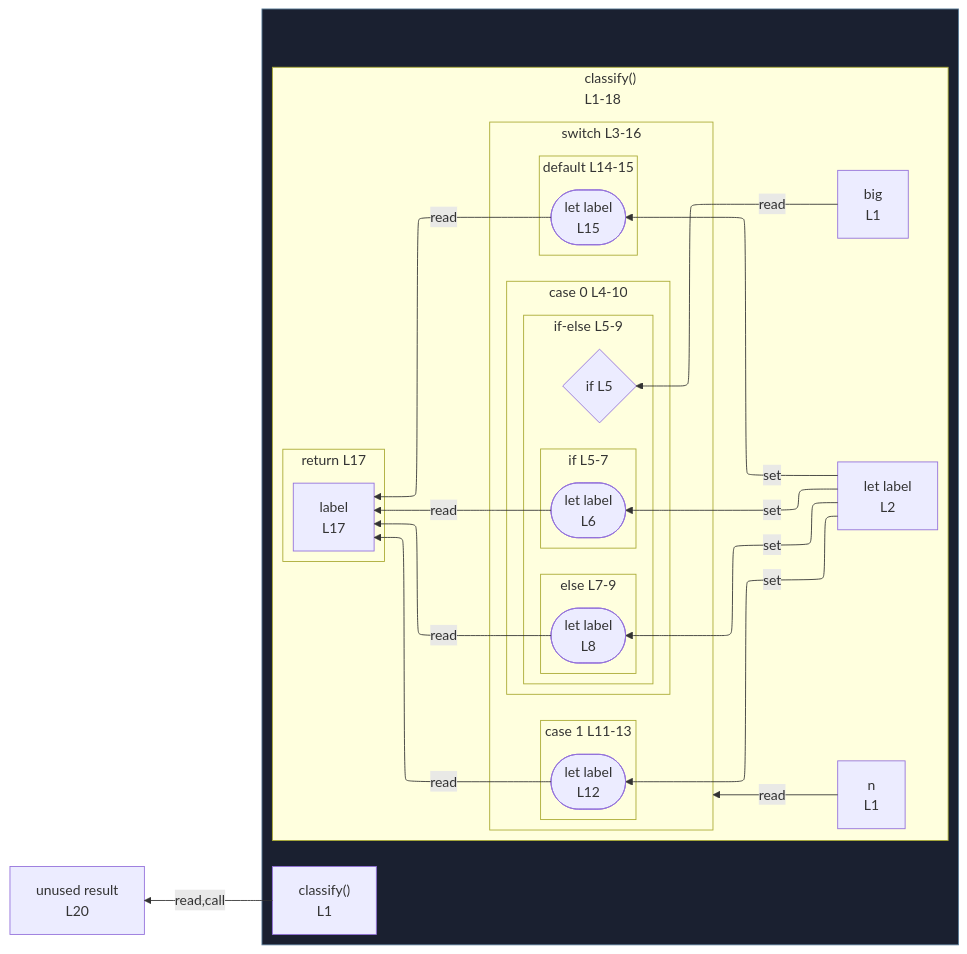
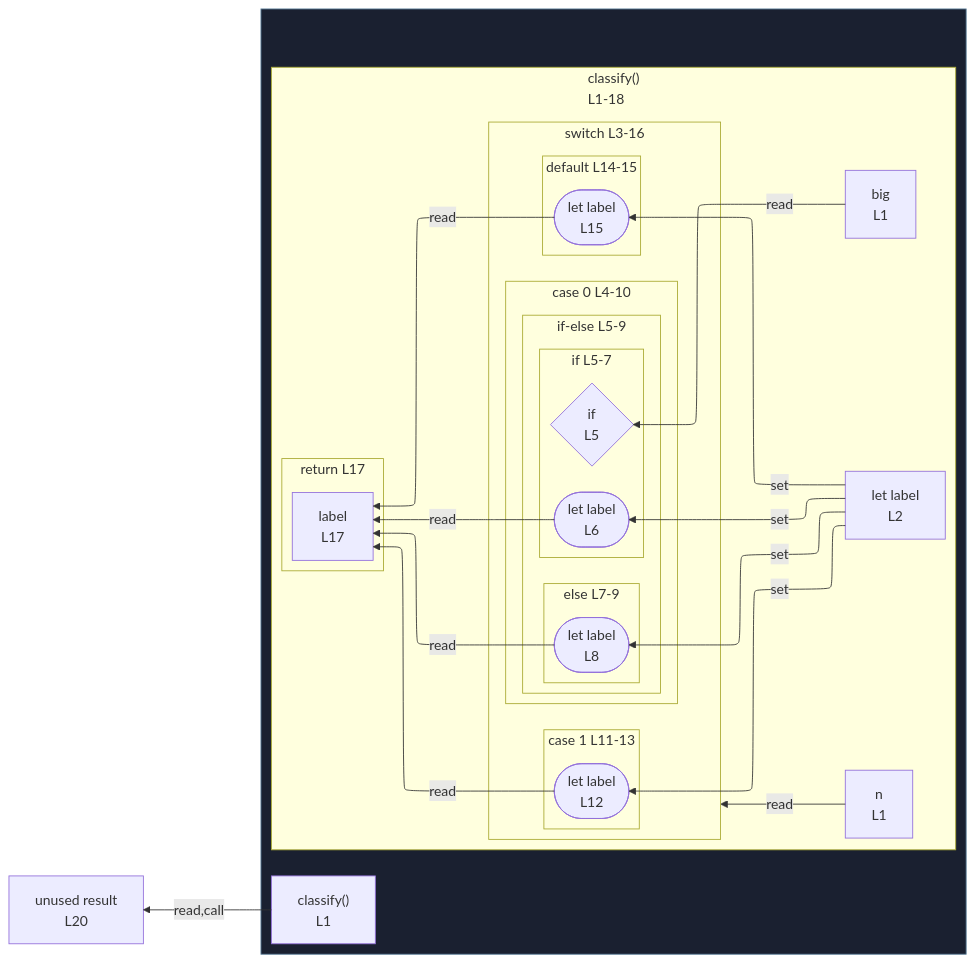
The diagram in integration/fixtures/control-switch-with-inner-if/preview.md (crescware/unsnarl), drawn with Mermaid before and after one commit. The commit also changed 21 other files, not shown here.

````diff
--- a/integration/fixtures/control-switch-with-inner-if/preview.md
+++ b/integration/fixtures/control-switch-with-inner-if/preview.md
@@ -30,58 +30,58 @@
 ```mermaid
 %%{init: {"flowchart": {"defaultRenderer": "elk"}}}%%
 flowchart RL
   n_scope_0_result_307["unused result<br/>L20"]
   subgraph wrap_s_scope_1[" "]
     direction TB
     n_scope_0_classify_9["classify()<br/>L1"]
     subgraph s_scope_1["classify()<br/>L1-18"]
       direction RL
       n_scope_1_n_18["n<br/>L1"]
       n_scope_1_big_29["big<br/>L1"]
       n_scope_1_label_51["let label<br/>L2"]
       subgraph s_scope_2["switch L3-16"]
         direction RL
         subgraph s_scope_3["case 0 L4-10"]
           direction RL
           subgraph cont_if_scope_3_91["if-else L5-9"]
             direction RL
-            if_test_scope_3_91{"if L5"}
             subgraph s_scope_4["if L5-7"]
               direction RL
+              if_test_scope_3_91{"if<br/>L5"}
               wr_ref_2(["let label<br/>L6"])
             end
             subgraph s_scope_5["else L7-9"]
               direction RL
               wr_ref_3(["let label<br/>L8"])
             end
           end
         end
         subgraph s_scope_6["case 1 L11-13"]
           direction RL
           wr_ref_4(["let label<br/>L12"])
         end
         subgraph s_scope_7["default L14-15"]
           direction RL
           wr_ref_5(["let label<br/>L15"])
         end
       end
       subgraph s_return_scope_0_classify_9_284_297["return L17"]
         direction RL
         ret_use_ref_6["label<br/>L17"]
       end
     end
   end
   n_scope_1_label_51 -->|set| wr_ref_2
   n_scope_1_label_51 -->|set| wr_ref_3
   n_scope_1_label_51 -->|set| wr_ref_4
   n_scope_1_label_51 -->|set| wr_ref_5
   n_scope_1_n_18 -->|read| s_scope_2
   n_scope_1_big_29 -->|read| if_test_scope_3_91
   wr_ref_2 -->|read| ret_use_ref_6
   wr_ref_3 -->|read| ret_use_ref_6
   wr_ref_4 -->|read| ret_use_ref_6
   wr_ref_5 -->|read| ret_use_ref_6
   n_scope_0_classify_9 -->|read,call| n_scope_0_result_307
   classDef fnWrap fill:#1a2030,stroke:#5a7d99;
   class wrap_s_scope_1 fnWrap;
 ```
````
